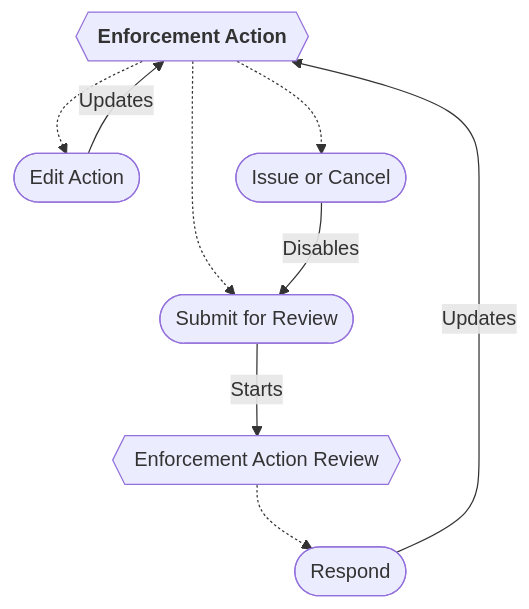
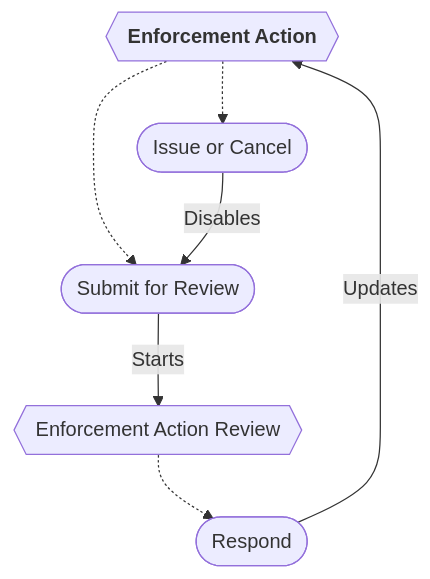
The fourth of 4 diagrams in docs/Workflows/Enforcement-workflow.md (gaepdit/air-web), drawn with Mermaid before and after one commit. The commit also changed other lines of this file and 2 other files, not shown here.

````diff
--- a/docs/Workflows/Enforcement-workflow.md
+++ b/docs/Workflows/Enforcement-workflow.md
@@ -129,18 +171,15 @@
 ```mermaid
 flowchart
     ACT{{"`**Enforcement Action**`"}}
     REV{{"Enforcement Action Review"}}
-    editAction([Edit Action])
     review([Submit for Review])
     respond([Respond])
     issue([Issue or Cancel])
-    ACT -.-> editAction
     ACT -.-> review
     ACT -.-> issue
     REV -.-> respond
     issue -->|Disables| review
-    editAction -->|Updates| ACT
     respond -->|Updates| ACT
     review -->|Starts| REV
 
 ```
````
